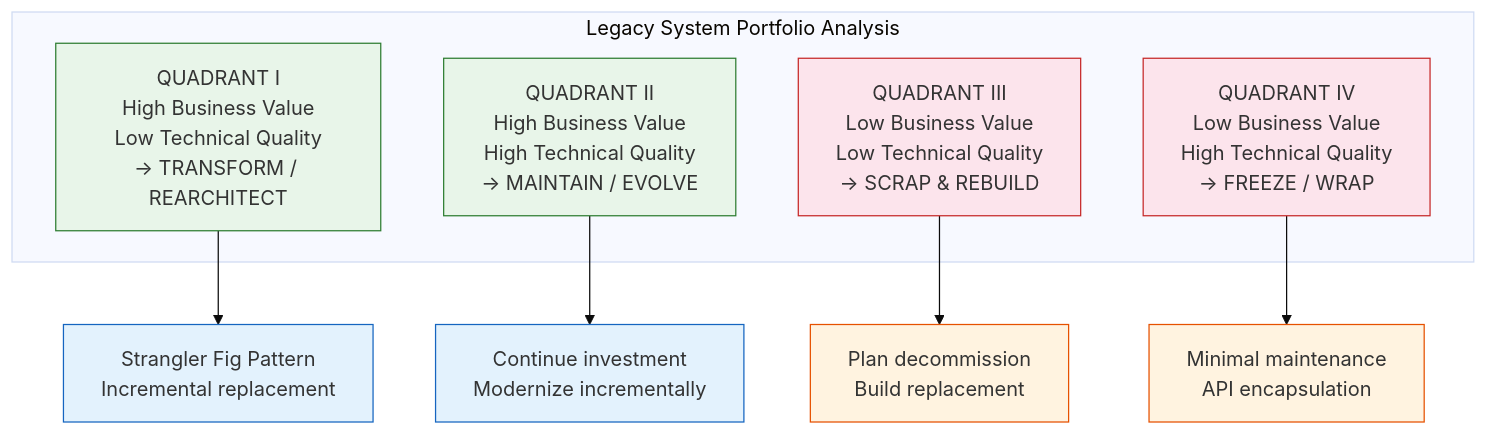
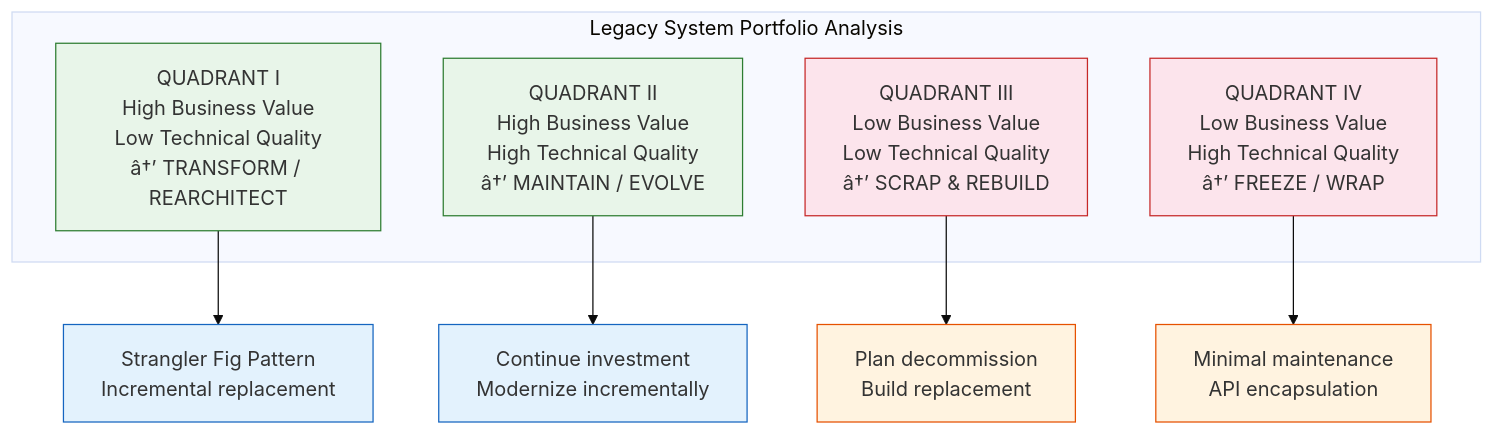
The fourth of 5 diagrams in docs/courses/software-engineering/07-software-evolution.md (Raushan666java/ai-engineering-journey), drawn with Mermaid (base theme) before and after one commit. The commit also changed other lines of this file and 735 other files, not shown here.

````diff
--- a/docs/courses/software-engineering/07-software-evolution.md
+++ b/docs/courses/software-engineering/07-software-evolution.md
@@ -512,19 +512,19 @@
 ```mermaid
 graph TD
     classDef highVal fill:#e8f5e9,stroke:#2e7d32
     classDef lowVal fill:#fce4ec,stroke:#c62828
     classDef highQual fill:#e3f2fd,stroke:#1565c0
     classDef lowQual fill:#fff3e0,stroke:#e65100
 
     subgraph "Legacy System Portfolio Analysis"
-        Q1[QUADRANT I<br>High Business Value<br>Low Technical Quality<br>→ TRANSFORM / REARCHITECT]:::highVal
-        Q2[QUADRANT II<br>High Business Value<br>High Technical Quality<br>→ MAINTAIN / EVOLVE]:::highVal
-        Q3[QUADRANT III<br>Low Business Value<br>Low Technical Quality<br>→ SCRAP & REBUILD]:::lowVal
-        Q4[QUADRANT IV<br>Low Business Value<br>High Technical Quality<br>→ FREEZE / WRAP]:::lowVal
+        Q1[QUADRANT I<br>High Business Value<br>Low Technical Quality<br>â†’ TRANSFORM / REARCHITECT]:::highVal
+        Q2[QUADRANT II<br>High Business Value<br>High Technical Quality<br>â†’ MAINTAIN / EVOLVE]:::highVal
+        Q3[QUADRANT III<br>Low Business Value<br>Low Technical Quality<br>â†’ SCRAP & REBUILD]:::lowVal
+        Q4[QUADRANT IV<br>Low Business Value<br>High Technical Quality<br>â†’ FREEZE / WRAP]:::lowVal
     end
     
     Q1 --> STR1[Strangler Fig Pattern<br>Incremental replacement]:::highQual
     Q2 --> STR2[Continue investment<br>Modernize incrementally]:::highQual
     Q3 --> STR3[Plan decommission<br>Build replacement]:::lowQual
     Q4 --> STR4[Minimal maintenance<br>API encapsulation]:::lowQual
 ```
````
